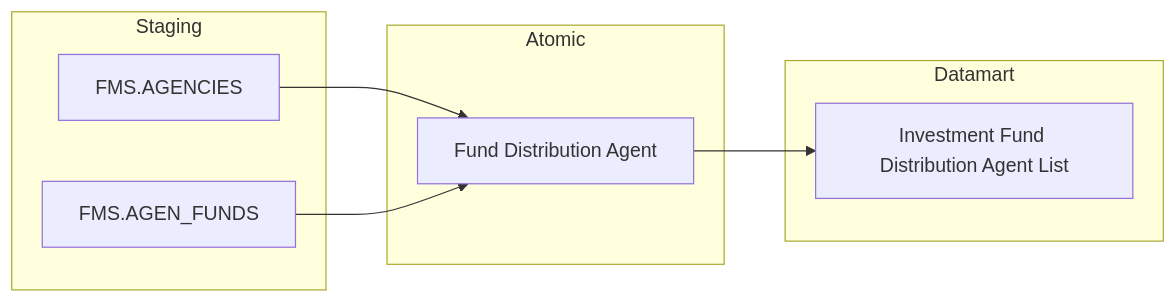
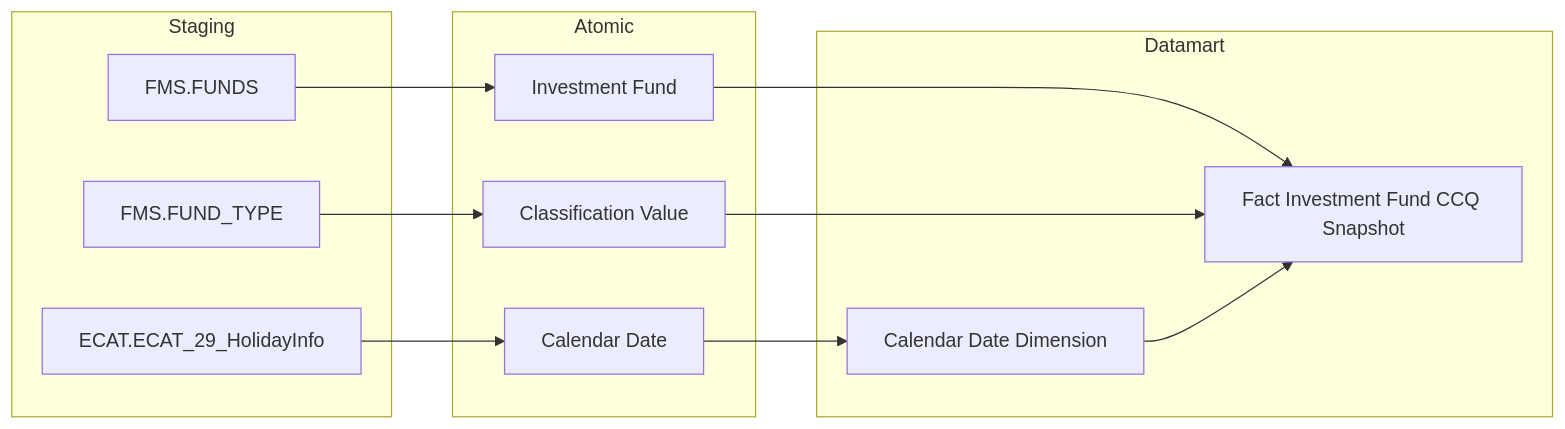
One commit to linhlvit/ubck_atomic_design changed the sixth of 41 diagrams in Datamart/hld/DTM_QLQ_HLD.md. Above: the diagram before and after it, drawn with Mermaid. The commit also changed other lines of this file and 28 other files, not shown here.

Commit message:
feat(qlq): add LLD detail mapping, 23 entity table schemas, update HLD, sync datamart model and attributes

````diff
--- a/Datamart/hld/DTM_QLQ_HLD.md
+++ b/Datamart/hld/DTM_QLQ_HLD.md
@@ -141,20 +193,28 @@
 ```mermaid
 flowchart LR
     subgraph SRC["Staging"]
-        FMS_AGENCIES["FMS.AGENCIES"]
-        FMS_AGENFUNDS["FMS.AGEN_FUNDS"]
+        FMS_FUNDS["FMS.FUNDS"]
+        FMS_FUNDTYPE["FMS.FUND_TYPE"]
+        ECAT_ECAT_29_HolidayInfo["ECAT.ECAT_29_HolidayInfo"]
     end
 
     subgraph SIL["Atomic"]
-        Fund_Distribution_Agent["Fund Distribution Agent"]
+        Investment_Fund["Investment Fund"]
+        Classification_Value["Classification Value"]
+        Calendar_Date["Calendar Date"]
     end
 
     subgraph GOLD["Datamart"]
-        inv_fnd_dist_agt_lst["Investment Fund Distribution Agent List"]
+        fct_investment_fund_ccq_snpst["Fact Investment Fund CCQ Snapshot"]
+        cdr_dt_dim["Calendar Date Dimension"]
     end
 
-    FMS_AGENCIES --> Fund_Distribution_Agent
-    FMS_AGENFUNDS --> Fund_Distribution_Agent
+    FMS_FUNDS --> Investment_Fund
+    FMS_FUNDTYPE --> Classification_Value
+    ECAT_ECAT_29_HolidayInfo --> Calendar_Date
 
-    Fund_Distribution_Agent --> inv_fnd_dist_agt_lst
+    Investment_Fund --> fct_investment_fund_ccq_snpst
+    Classification_Value --> fct_investment_fund_ccq_snpst
+    Calendar_Date --> cdr_dt_dim
+    cdr_dt_dim --> fct_investment_fund_ccq_snpst
 ```
````
